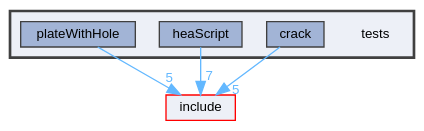
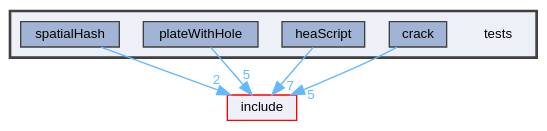
Before and after one commit to nikhil-admal/mdstresslab: the diagram in dir_59425e443f801f1f2fd8bbe4959a3ccf_dep.dot, drawn with Graphviz. The commit also changed 62 other files, not shown here.

```diff
--- a/dir_59425e443f801f1f2fd8bbe4959a3ccf_dep.dot
+++ b/dir_59425e443f801f1f2fd8bbe4959a3ccf_dep.dot
@@ -1,19 +1,21 @@
 digraph "tests"
 {
  // LATEX_PDF_SIZE
   bgcolor="transparent";
   edge [fontname=Helvetica,fontsize=10,labelfontname=Helvetica,labelfontsize=10];
   node [fontname=Helvetica,fontsize=10,shape=box,height=0.2,width=0.4];
   compound=true
   subgraph clusterdir_59425e443f801f1f2fd8bbe4959a3ccf {
     graph [ bgcolor="#edf0f7", pencolor="grey25", label="", fontname=Helvetica,fontsize=10 style="filled,bold", URL="dir_59425e443f801f1f2fd8bbe4959a3ccf.html",tooltip=""]
     dir_59425e443f801f1f2fd8bbe4959a3ccf [shape=plaintext, label="tests"];
   dir_c88334923ab70e081791978597be9071 [label="crack", fillcolor="#a2b4d6", color="grey25", style="filled", URL="dir_c88334923ab70e081791978597be9071.html",tooltip=""];
   dir_9bbb5d11c1ec435a78a8557d0dfe46b2 [label="heaScript", fillcolor="#a2b4d6", color="grey25", style="filled", URL="dir_9bbb5d11c1ec435a78a8557d0dfe46b2.html",tooltip=""];
   dir_8a8706d1b6c68aefc05c7da1652a7075 [label="plateWithHole", fillcolor="#a2b4d6", color="grey25", style="filled", URL="dir_8a8706d1b6c68aefc05c7da1652a7075.html",tooltip=""];
+  dir_babaf11e685d0a339aa50743876a1348 [label="spatialHash", fillcolor="#a2b4d6", color="grey25", style="filled", URL="dir_babaf11e685d0a339aa50743876a1348.html",tooltip=""];
   }
   dir_d44c64559bbebec7f509842c48db8b23 [label="include", fillcolor="#edf0f7", color="red", style="filled", URL="dir_d44c64559bbebec7f509842c48db8b23.html",tooltip=""];
   dir_c88334923ab70e081791978597be9071->dir_d44c64559bbebec7f509842c48db8b23 [headlabel="5", labeldistance=1.5 headhref="dir_000000_000002.html" href="dir_000000_000002.html" color="steelblue1" fontcolor="steelblue1"];
   dir_9bbb5d11c1ec435a78a8557d0dfe46b2->dir_d44c64559bbebec7f509842c48db8b23 [headlabel="7", labeldistance=1.5 headhref="dir_000001_000002.html" href="dir_000001_000002.html" color="steelblue1" fontcolor="steelblue1"];
   dir_8a8706d1b6c68aefc05c7da1652a7075->dir_d44c64559bbebec7f509842c48db8b23 [headlabel="5", labeldistance=1.5 headhref="dir_000004_000002.html" href="dir_000004_000002.html" color="steelblue1" fontcolor="steelblue1"];
+  dir_babaf11e685d0a339aa50743876a1348->dir_d44c64559bbebec7f509842c48db8b23 [headlabel="2", labeldistance=1.5 headhref="dir_000005_000002.html" href="dir_000005_000002.html" color="steelblue1" fontcolor="steelblue1"];
 }
```
